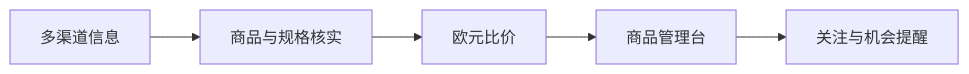
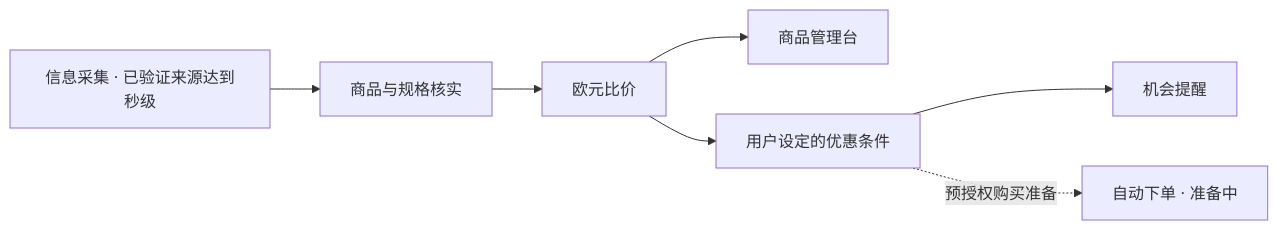
The diagram in README.md (yusongcao2004/arcteryx-deal-sentinel), drawn with Mermaid before and after one commit. The commit also changed other lines of this file and 3 other files, not shown here.

````diff
--- a/README.md
+++ b/README.md
@@ -54,7 +74,9 @@
 ```mermaid
 flowchart LR
-    A[多渠道信息] --> B[商品与规格核实]
+    A[信息采集 · 已验证来源达到秒级] --> B[商品与规格核实]
     B --> C[欧元比价]
     C --> D[商品管理台]
-    D --> E[关注与机会提醒]
+    C --> E[用户设定的优惠条件]
+    E --> G[机会提醒]
+    E -. 预授权购买准备 .-> F[自动下单 · 准备中]
 ```
````
